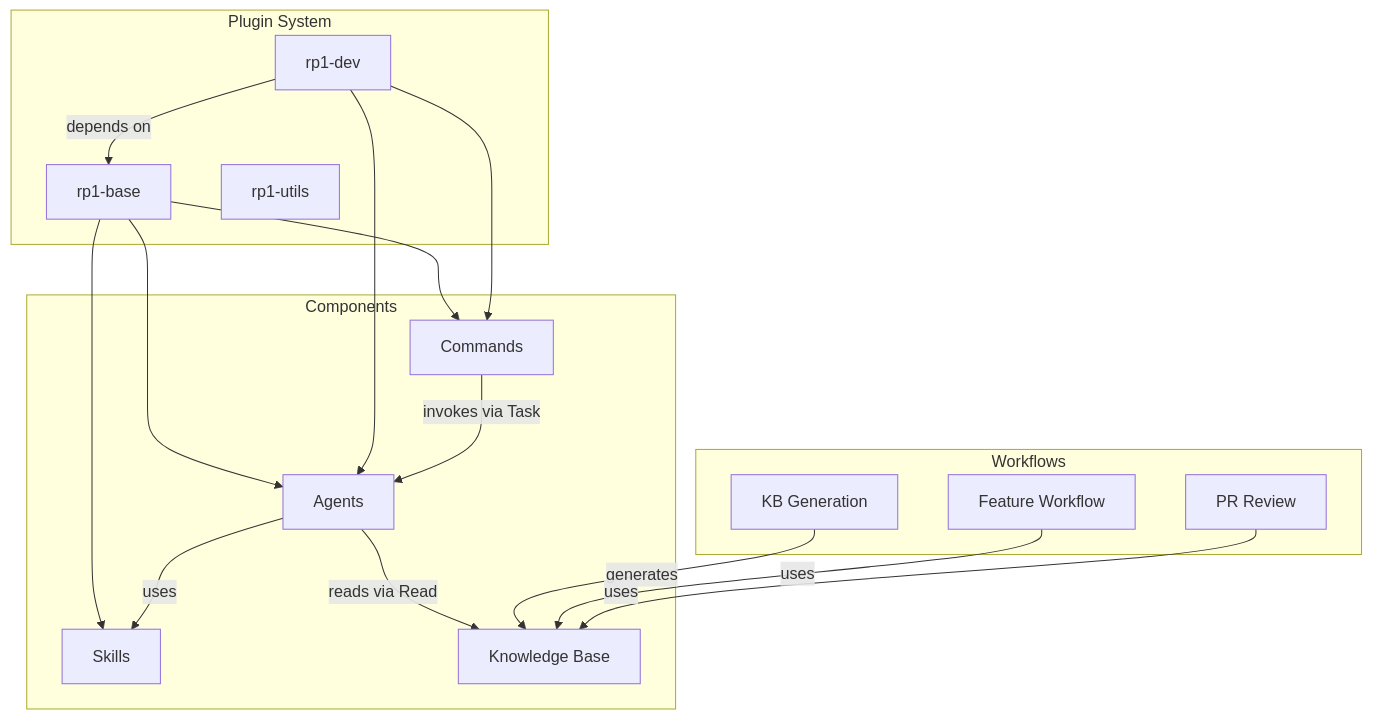
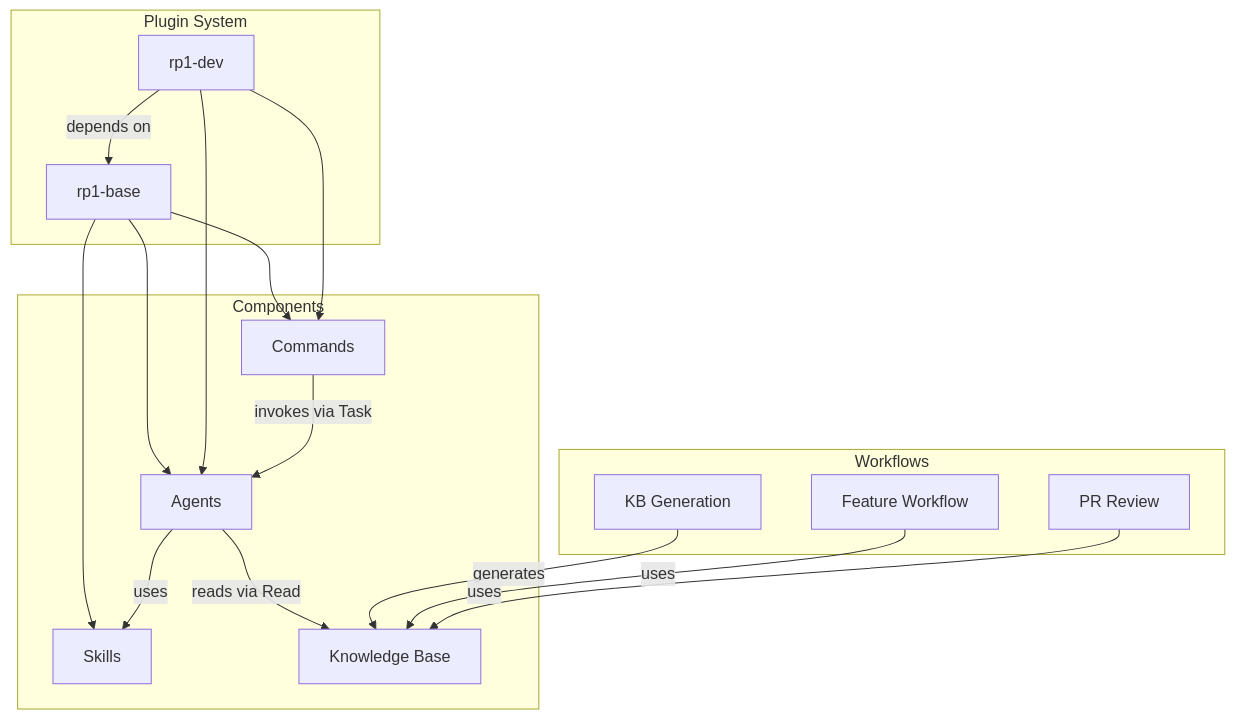
The diagram in .rp1/context/concept_map.md (rp1-run/rp1), drawn with Mermaid before and after one commit. The commit also changed other lines of this file and 5 other files, not shown here.

````diff
--- a/.rp1/context/concept_map.md
+++ b/.rp1/context/concept_map.md
@@ -141,36 +141,35 @@
 ```mermaid
 graph TB
     subgraph "Plugin System"
         Base[rp1-base]
         Dev[rp1-dev]
-        Utils[rp1-utils]
         Dev -->|depends on| Base
     end
 
     subgraph "Components"
         Cmd[Commands]
         Agent[Agents]
         Skill[Skills]
         KB[Knowledge Base]
     end
 
     subgraph "Workflows"
         Feature[Feature Workflow]
         PR[PR Review]
         KBGen[KB Generation]
     end
 
     Base --> Cmd
     Base --> Agent
     Base --> Skill
     Dev --> Cmd
     Dev --> Agent
 
     Cmd -->|invokes via Task| Agent
     Agent -->|uses| Skill
     Agent -->|reads via Read| KB
 
     KBGen -->|generates| KB
     Feature -->|uses| KB
     PR -->|uses| KB
 ```
````
